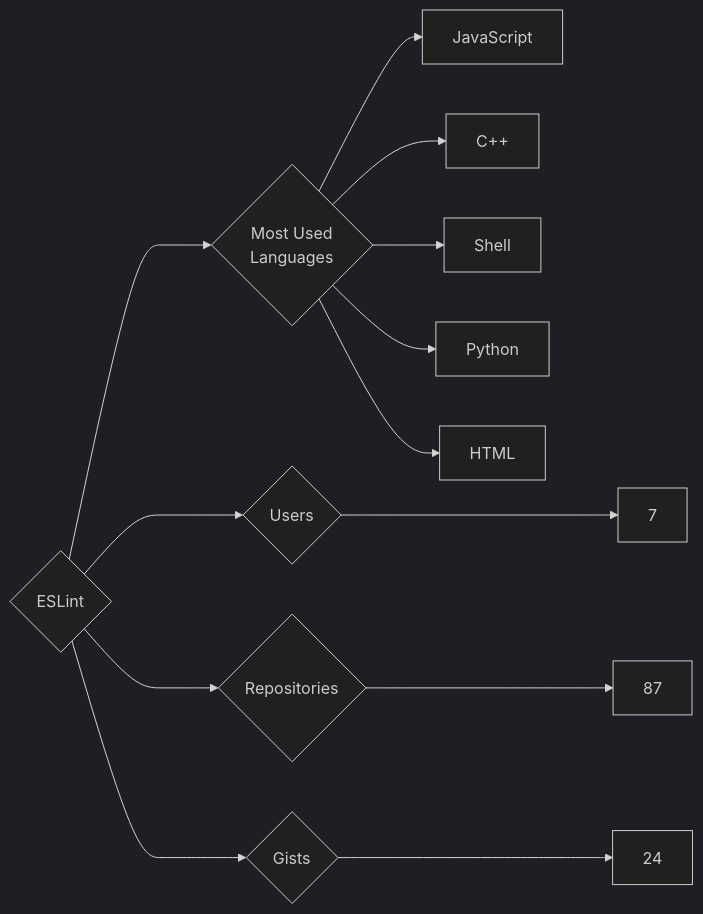
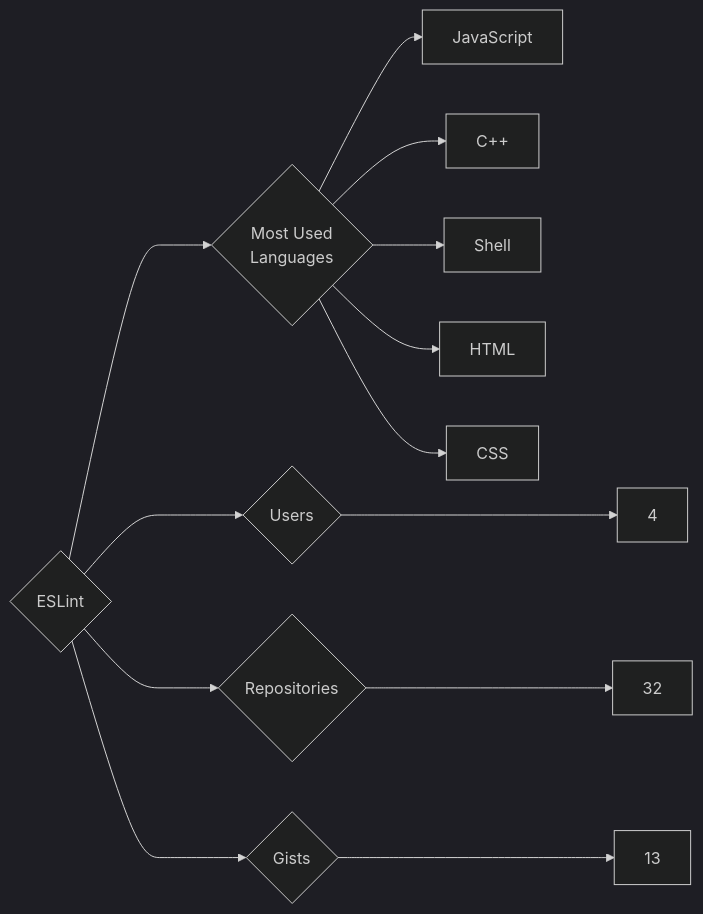
One commit to trickest/insiders changed the diagram in targets/ESLint/README.md. Above: the diagram before and after it, drawn with Mermaid (dark theme). The commit also changed 985 other files, not shown here.

````diff
--- a/targets/ESLint/README.md
+++ b/targets/ESLint/README.md
@@ -3,13 +3,13 @@
 ```mermaid
 graph LR
 COMPANY_NAME{ESLint}
-COMPANY_NAME ---> U{Users} ---> UN[7]
-COMPANY_NAME ---> R{Repositories} ---> RN[87]
-COMPANY_NAME ---> G{Gists} ---> GN[24]
+COMPANY_NAME ---> U{Users} ---> UN[4]
+COMPANY_NAME ---> R{Repositories} ---> RN[32]
+COMPANY_NAME ---> G{Gists} ---> GN[13]
 COMPANY_NAME ---> ML{Most Used<br>Languages}
 ML --> JavaScript[JavaScript]
 ML --> C++[C++]
 ML --> Shell[Shell]
-ML --> Python[Python]
 ML --> HTML[HTML]
+ML --> CSS[CSS]
 ```
````
